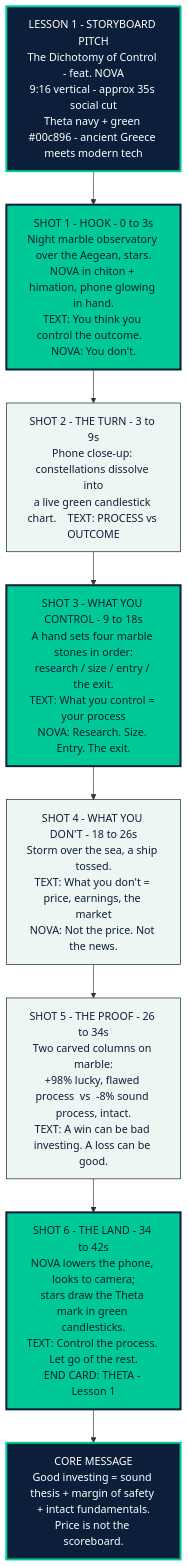
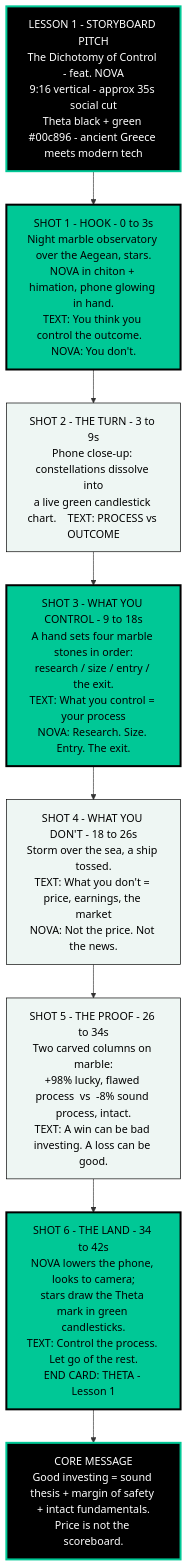
Before and after one commit to Dr-Duner/Dr-Duner: the diagram in theta/lesson1-storyboard.mmd, drawn with Mermaid. The commit also changed 11 other files, not shown here.

First line of the commit message:
Global palette change: navy → black background; text = coach color

```diff
--- a/theta/lesson1-storyboard.mmd
+++ b/theta/lesson1-storyboard.mmd
@@ -1,20 +1,20 @@
 flowchart TB
-  H["LESSON 1 - STORYBOARD PITCH<br/>The Dichotomy of Control - feat. NOVA<br/>9:16 vertical - approx 35s social cut<br/>Theta navy + green #00c896 - ancient Greece meets modern tech"]:::brand
+  H["LESSON 1 - STORYBOARD PITCH<br/>The Dichotomy of Control - feat. NOVA<br/>9:16 vertical - approx 35s social cut<br/>Theta black + green #00c896 - ancient Greece meets modern tech"]:::brand
   H --> S1
   S1["SHOT 1 - HOOK - 0 to 3s<br/>Night marble observatory over the Aegean, stars.<br/>NOVA in chiton + himation, phone glowing in hand.<br/>TEXT: You think you control the outcome.   NOVA: You don't."]:::nova
   S1 --> S2
   S2["SHOT 2 - THE TURN - 3 to 9s<br/>Phone close-up: constellations dissolve into<br/>a live green candlestick chart.    TEXT: PROCESS vs OUTCOME"]:::shot
   S2 --> S3
   S3["SHOT 3 - WHAT YOU CONTROL - 9 to 18s<br/>A hand sets four marble stones in order:<br/>research / size / entry / the exit.<br/>TEXT: What you control = your process<br/>NOVA: Research. Size. Entry. The exit."]:::nova
   S3 --> S4
   S4["SHOT 4 - WHAT YOU DON'T - 18 to 26s<br/>Storm over the sea, a ship tossed.<br/>TEXT: What you don't = price, earnings, the market<br/>NOVA: Not the price. Not the news."]:::shot
   S4 --> S5
   S5["SHOT 5 - THE PROOF - 26 to 34s<br/>Two carved columns on marble:<br/>+98% lucky, flawed process  vs  -8% sound process, intact.<br/>TEXT: A win can be bad investing. A loss can be good."]:::shot
   S5 --> S6
   S6["SHOT 6 - THE LAND - 34 to 42s<br/>NOVA lowers the phone, looks to camera;<br/>stars draw the Theta mark in green candlesticks.<br/>TEXT: Control the process. Let go of the rest.<br/>END CARD: THETA - Lesson 1"]:::nova
   S6 --> F
   F["CORE MESSAGE<br/>Good investing = sound thesis + margin of safety + intact fundamentals.<br/>Price is not the scoreboard."]:::brand
 
-  classDef brand fill:#0b1f3a,color:#ffffff,stroke:#00c896,stroke-width:3px;
-  classDef nova fill:#00c896,color:#0b1f3a,stroke:#0b1f3a,stroke-width:3px;
-  classDef shot fill:#eef6f3,color:#0b1f3a,stroke:#0b1f3a,stroke-width:1px;
+  classDef brand fill:#000000,color:#ffffff,stroke:#00c896,stroke-width:3px;
+  classDef nova fill:#00c896,color:#000000,stroke:#000000,stroke-width:3px;
+  classDef shot fill:#eef6f3,color:#000000,stroke:#000000,stroke-width:1px;
```
